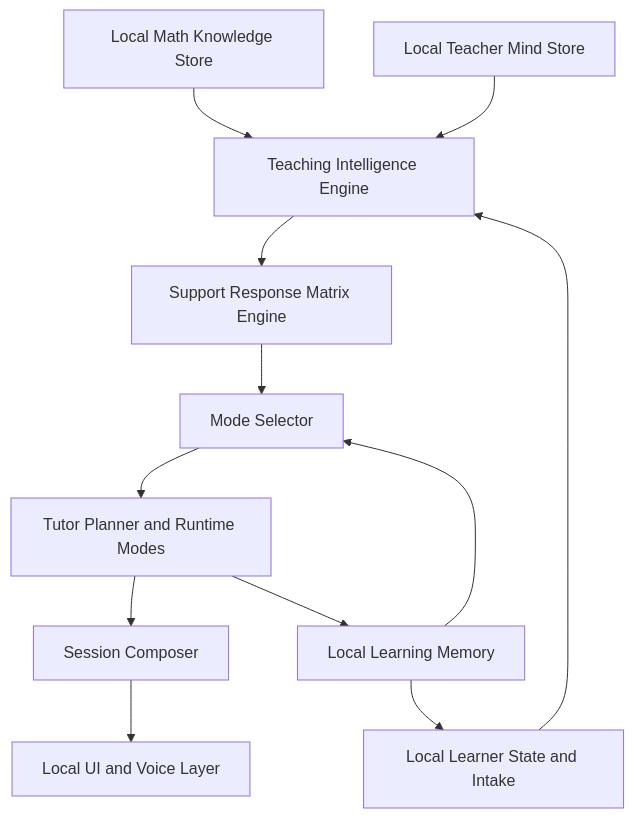
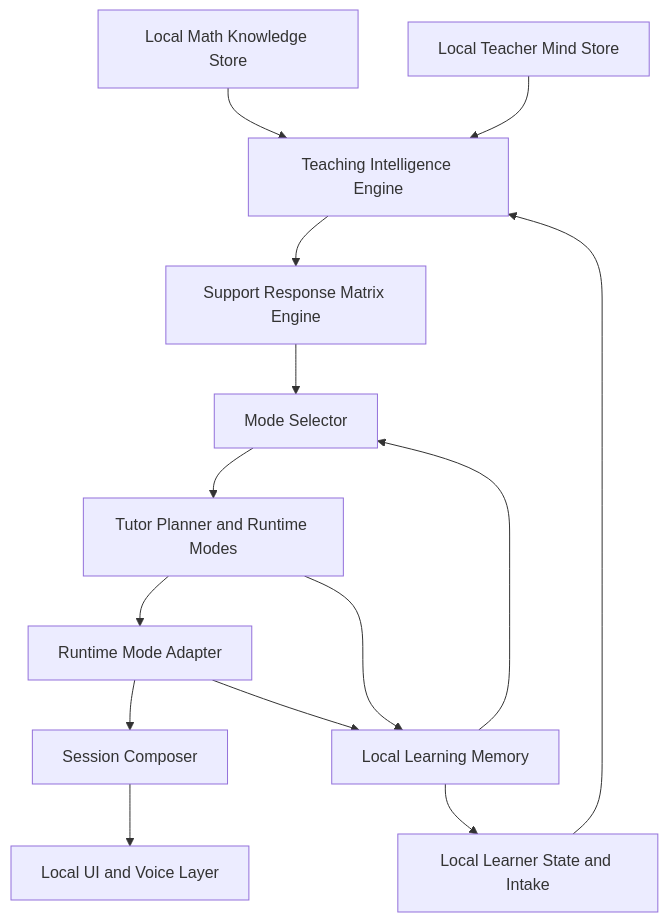
Before and after one commit to ordinalsog-ctrl/MathTeach: the diagram in docs/architecture-v2.md, drawn with Mermaid. The commit also changed other lines of this file and 5 other files, not shown here.

````diff
--- a/docs/architecture-v2.md
+++ b/docs/architecture-v2.md
@@ -20,14 +20,16 @@
 ```mermaid
 flowchart TD
     A["Local Math Knowledge Store"] --> D["Teaching Intelligence Engine"]
     B["Local Teacher Mind Store"] --> D
     C["Local Learner State and Intake"] --> D
     D --> E["Support Response Matrix Engine"]
     E --> M["Mode Selector"]
     M --> F["Tutor Planner and Runtime Modes"]
-    F --> G["Session Composer"]
+    F --> R["Runtime Mode Adapter"]
+    R --> G["Session Composer"]
     G --> H["Local UI and Voice Layer"]
     F --> I["Local Learning Memory"]
+    R --> I
     I --> M
     I --> C
 ```
````
